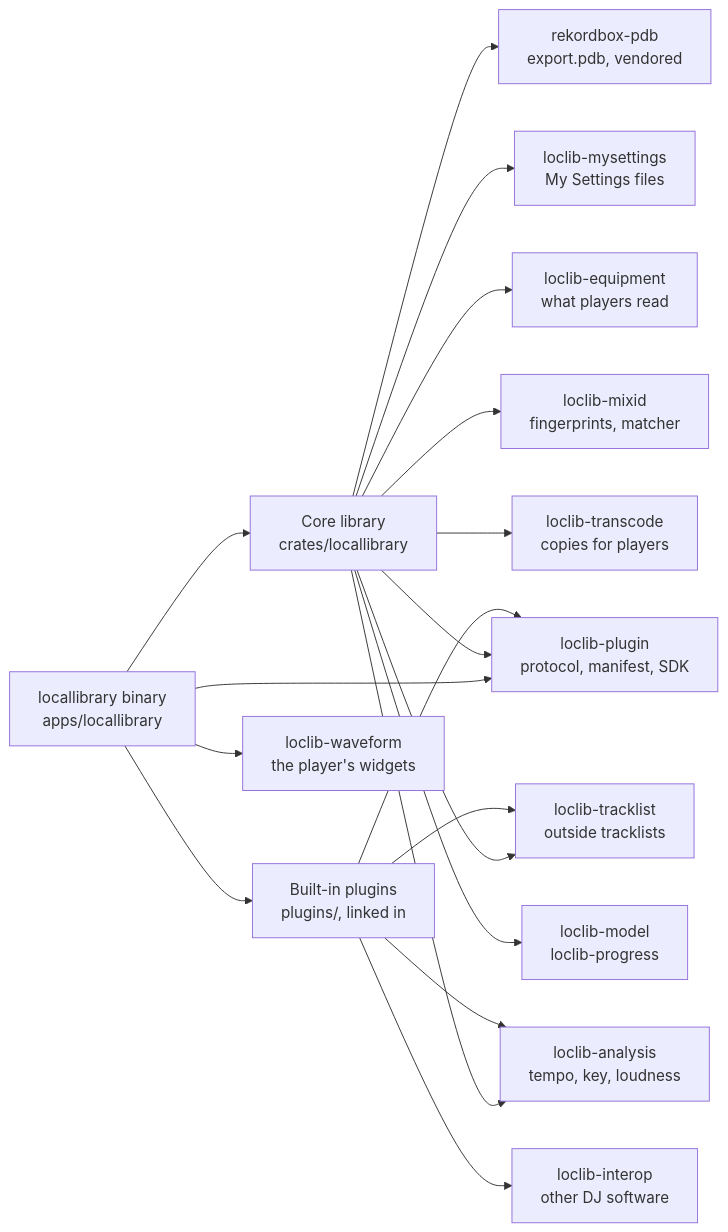
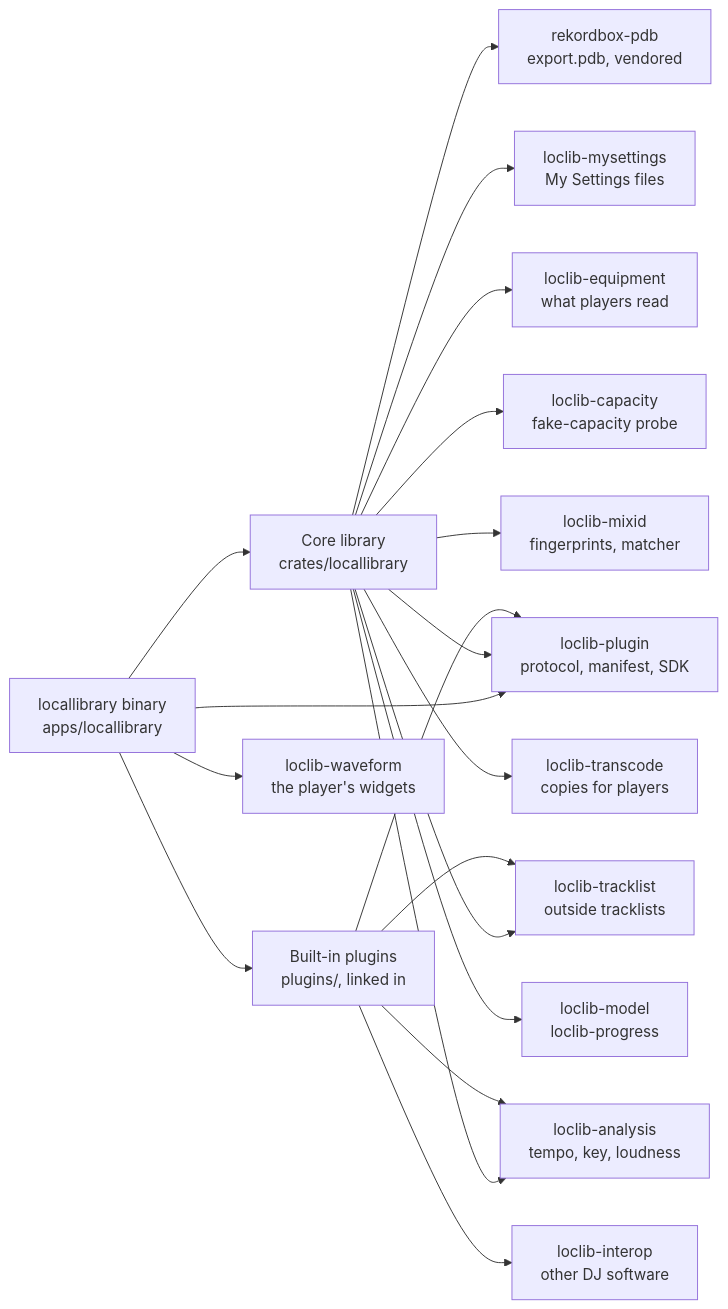
Before and after one commit to cutenode/localnetwork: the second of 11 diagrams in apps/locallibrary/README.md, drawn with Mermaid. The commit also changed other lines of this file and 13 other files, not shown here.

````diff
--- a/apps/locallibrary/README.md
+++ b/apps/locallibrary/README.md
@@ -277,20 +279,21 @@
 ```mermaid
 flowchart LR
     bin["locallibrary binary<br/>apps/locallibrary"] --> core["Core library<br/>crates/locallibrary"]
     bin --> plugins["Built-in plugins<br/>plugins/, linked in"]
     bin --> wave["loclib-waveform<br/>the player's widgets"]
     bin --> sdk["loclib-plugin<br/>protocol, manifest, SDK"]
     core --> sdk
     core --> pdb["rekordbox-pdb<br/>export.pdb, vendored"]
     core --> set["loclib-mysettings<br/>My Settings files"]
     core --> equip["loclib-equipment<br/>what players read"]
+    core --> cap["loclib-capacity<br/>fake-capacity probe"]
     core --> track["loclib-tracklist<br/>outside tracklists"]
     core --> mixid["loclib-mixid<br/>fingerprints, matcher"]
     core --> sound["loclib-analysis<br/>tempo, key, loudness"]
     core --> trans["loclib-transcode<br/>copies for players"]
     core --> model["loclib-model<br/>loclib-progress"]
     plugins --> sdk
     plugins --> interop["loclib-interop<br/>other DJ software"]
     plugins --> sound
     plugins --> track
 ```
````
